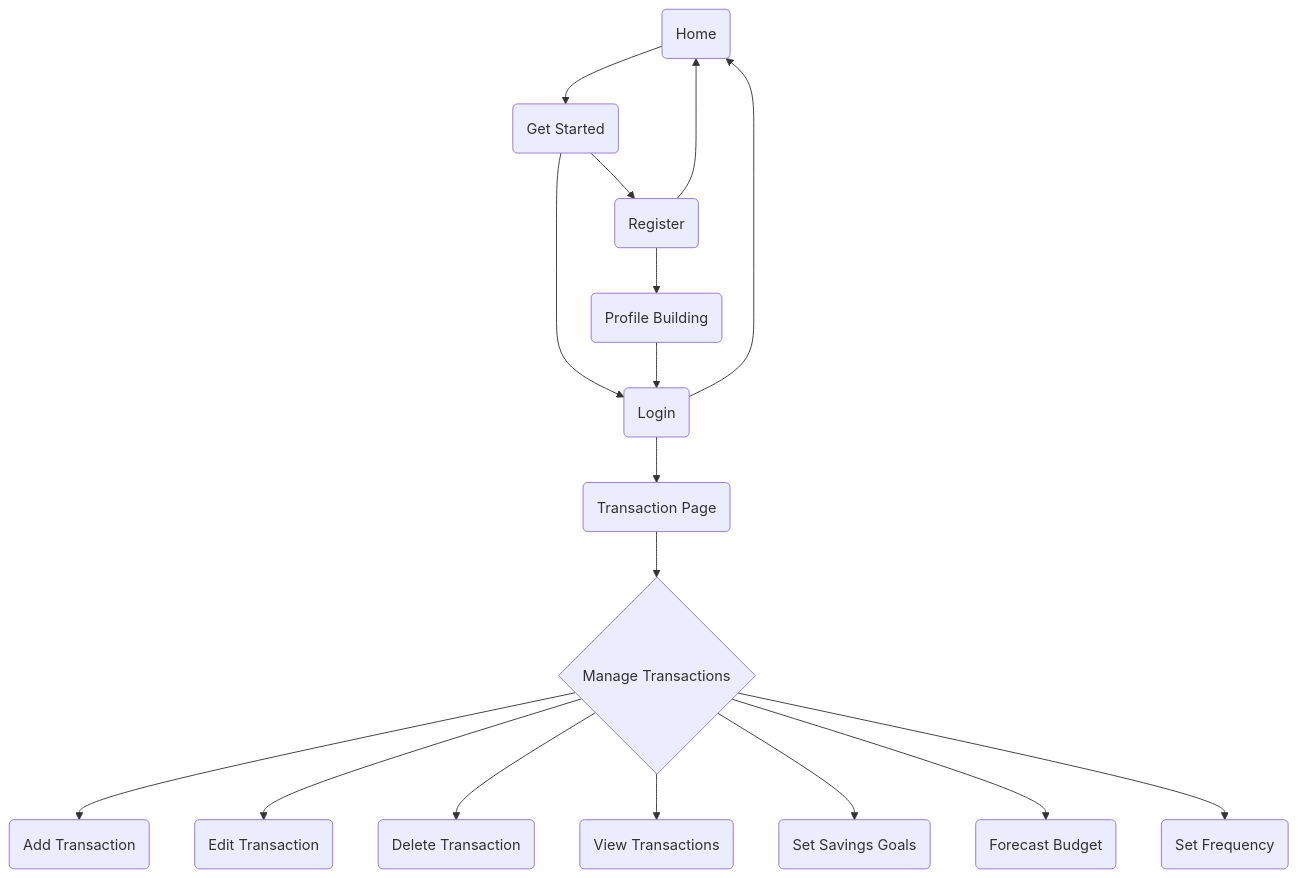
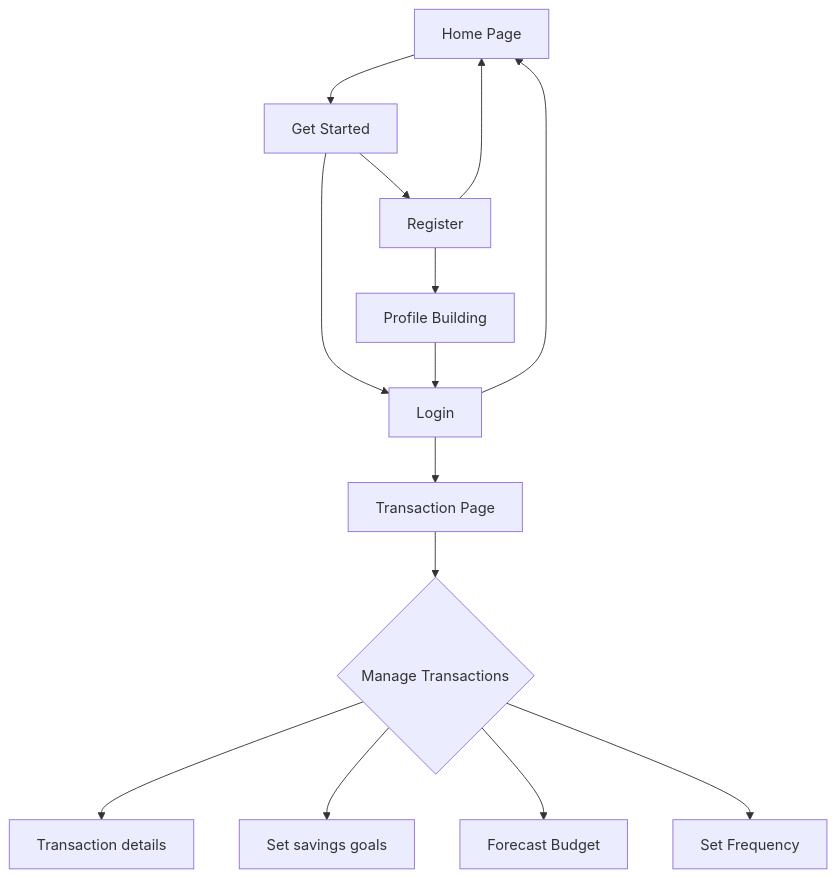
One commit to mrpateljeet/Group_3_Engineers changed the second of 6 diagrams in HighLevelDesign.md. Above: the diagram before and after it, drawn with Mermaid. The commit also changed other lines of this file, not shown here.

````diff
--- a/HighLevelDesign.md
+++ b/HighLevelDesign.md
@@ -127,19 +127,16 @@
 ```mermaid
 graph TD
-    A[Home Page] --> B(Get Started)
-    B --> C(Login)
-    B --> D(Register)
-    D --> E(Profile Building)
-    E --> C(Login)
-    D --> A(Home)
-    C --> F(Transaction Page)
-    C --> A(Home)
+    A[Home Page] --> B[Get Started]
+    B --> C[Login]
+    B --> D[Register]
+    D --> E[Profile Building]
+    E --> C
+    D --> A
+    C --> F[Transaction Page]
+    C --> A
     F --> G{Manage Transactions}
-    G --> H(Add Transaction)
-    G --> I(Edit Transaction)
-    G --> J(Delete Transaction)
-    G --> K(View Transactions)
-    G --> L(Set Savings Goals)
-    G --> M(Forecast Budget)
-    G --> N(Set Frequency)
+    G --> H[Transaction details]
+    G --> I[Set savings goals]
+    G --> J[Forecast Budget]
+    G --> K[Set Frequency]
 ```
````
